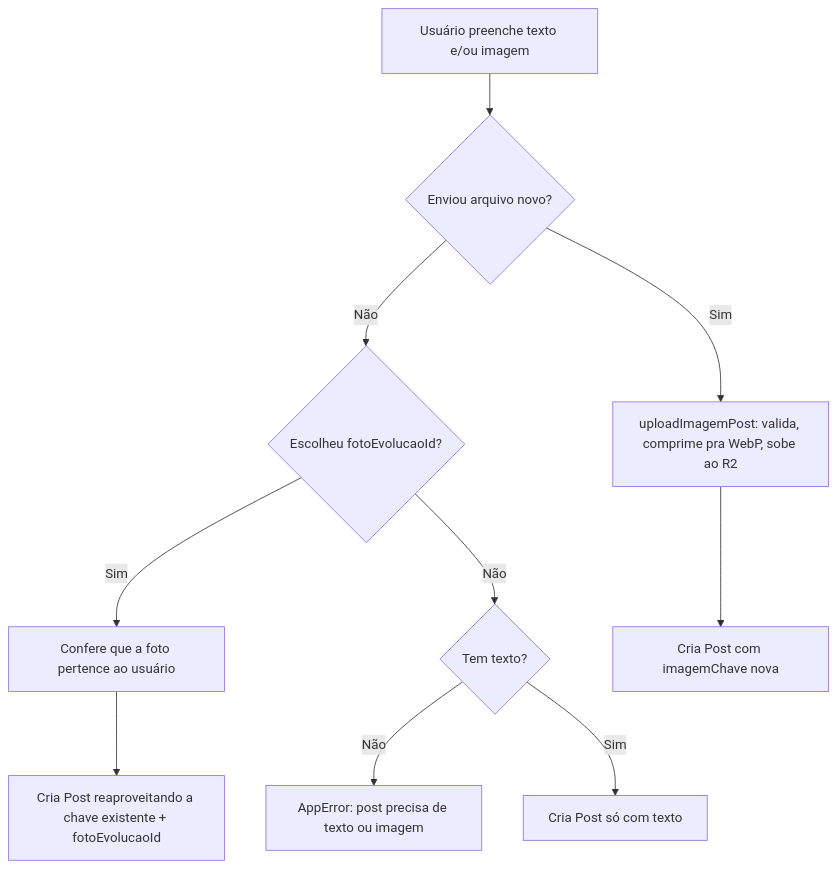
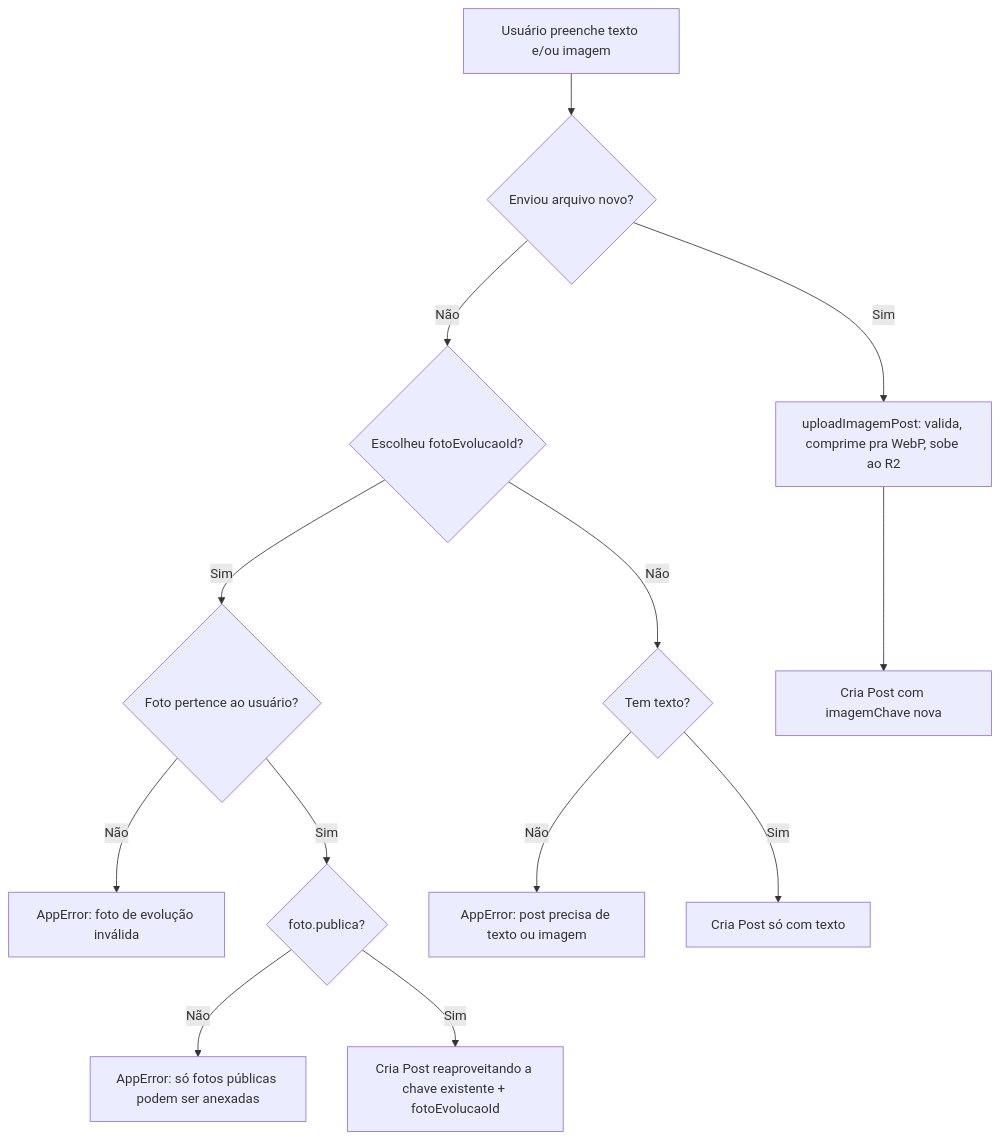
One commit to Willsmt/comunidade-belle-et-belle changed the first of 2 diagrams in docs/features/feed.md. Above: the diagram before and after it, drawn with Mermaid. The commit also changed other lines of this file and 6 other files, not shown here.

````diff
--- a/docs/features/feed.md
+++ b/docs/features/feed.md
@@ -54,12 +54,15 @@
 ```mermaid
 flowchart TD
     A[Usuário preenche texto e/ou imagem] --> B{Enviou arquivo novo?}
     B -- Sim --> C[uploadImagemPost: valida, comprime pra WebP, sobe ao R2]
     B -- Não --> D{Escolheu fotoEvolucaoId?}
-    D -- Sim --> E[Confere que a foto pertence ao usuário]
+    D -- Sim --> E{Foto pertence ao usuário?}
+    E -- Não --> K[AppError: foto de evolução inválida]
+    E -- Sim --> P{foto.publica?}
+    P -- Não --> L[AppError: só fotos públicas podem ser anexadas]
+    P -- Sim --> H[Cria Post reaproveitando a chave existente + fotoEvolucaoId]
     D -- Não --> F{Tem texto?}
     C --> G[Cria Post com imagemChave nova]
-    E --> H[Cria Post reaproveitando a chave existente + fotoEvolucaoId]
     F -- Não --> I[AppError: post precisa de texto ou imagem]
     F -- Sim --> J[Cria Post só com texto]
 ```
````
